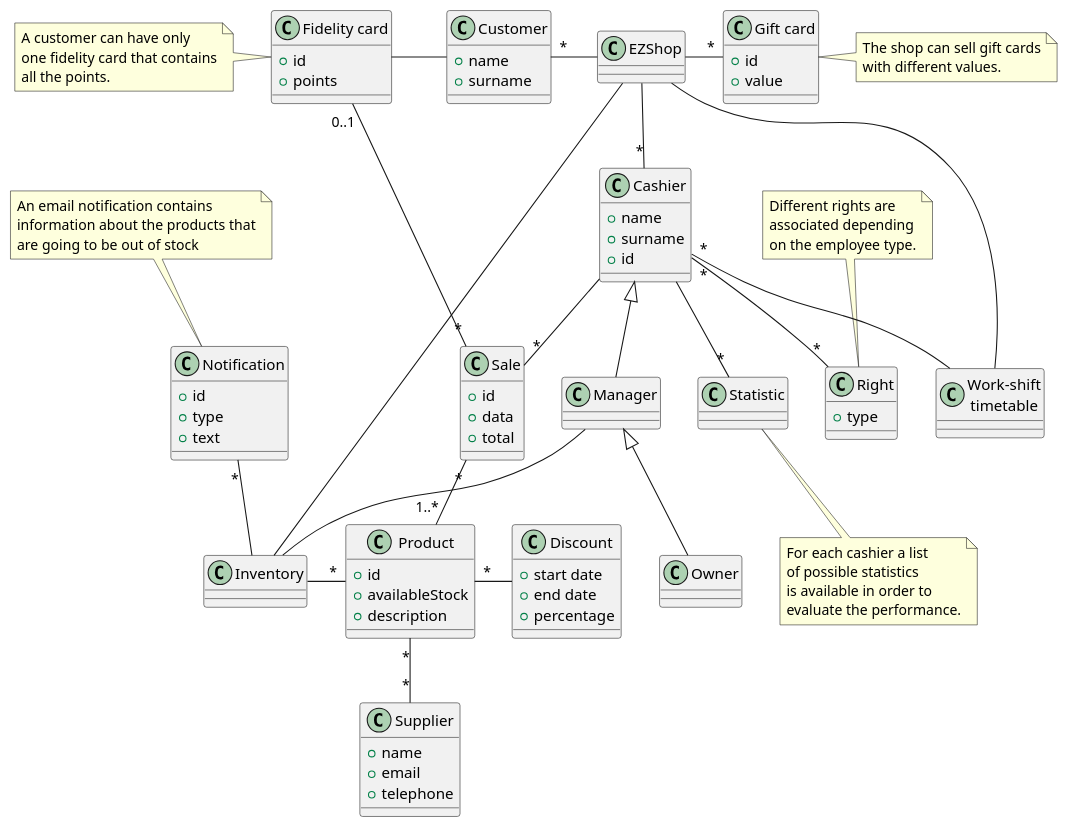
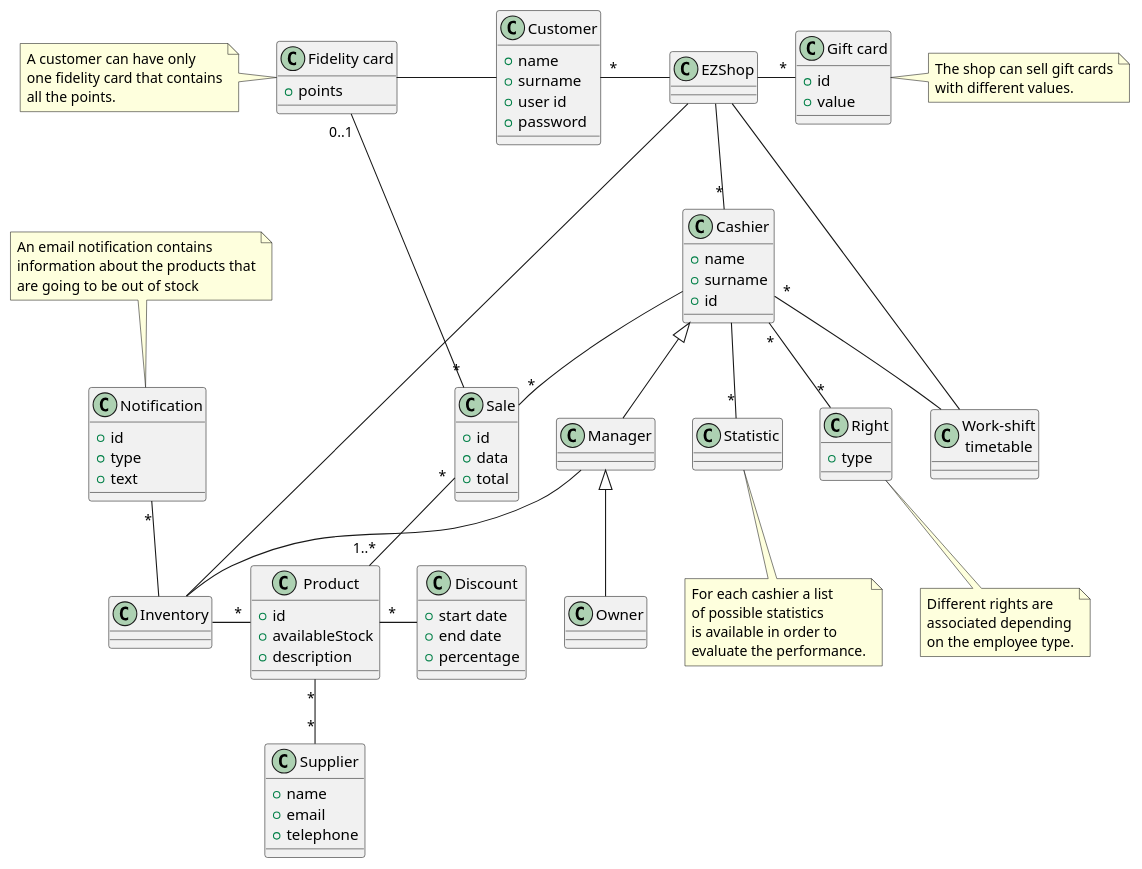
The fifth of 7 diagrams in Deliverables/RequirementsDocument.md (MatteoBattilana/EzShop), drawn with PlantUML before and after one commit. The commit also changed other lines of this file, not shown here.

```diff
--- a/Deliverables/RequirementsDocument.md
+++ b/Deliverables/RequirementsDocument.md
@@ -756,10 +763,11 @@
 class Customer {
 	+ name
 	+ surname
+	+ user id
+	+ password
 }
 
 class "Fidelity card" {
-	+ id
 	+ points
 }
 
@@ -800,7 +808,7 @@
 note left of "Fidelity card" : A customer can have only\none fidelity card that contains\nall the points.
 note right of "Gift card" : The shop can sell gift cards\nwith different values.
 note top of Notification : An email notification contains \ninformation about the products that\nare going to be out of stock
-note top of Right : Different rights are\nassociated depending\non the employee type.
+note bottom of Right : Different rights are\nassociated depending\non the employee type.
 note bottom of Statistic : For each cashier a list\nof possible statistics\nis available in order to\nevaluate the performance.
 
 @enduml
```
